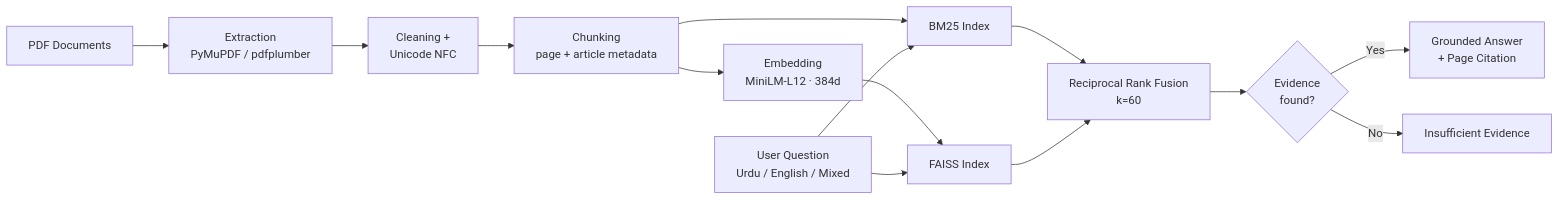
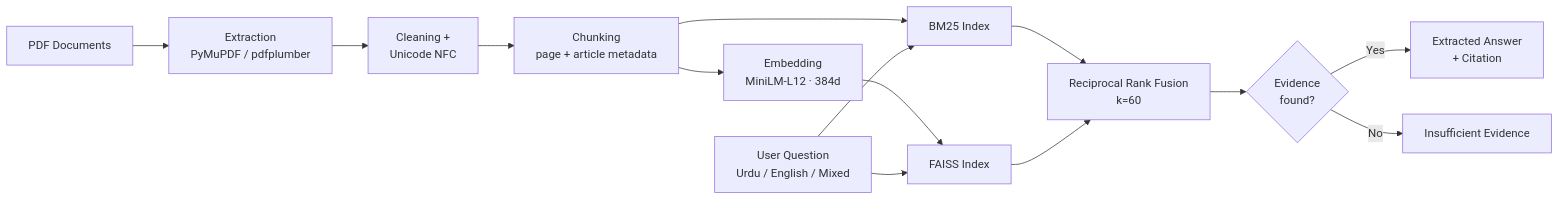
Before and after one commit to salikhussain71-code/PAKGOV-RAG-project: the diagram in README.md, drawn with Mermaid. The commit also changed other lines of this file, not shown here.

````diff
--- a/README.md
+++ b/README.md
@@ -173,16 +264,16 @@
 ```mermaid
 flowchart LR
     A[PDF Documents] --> B[Extraction<br/>PyMuPDF / pdfplumber]
     B --> C[Cleaning +<br/>Unicode NFC]
     C --> D[Chunking<br/>page + article metadata]
     D --> E[Embedding<br/>MiniLM-L12 · 384d]
     D --> F[BM25 Index]
     E --> G[FAISS Index]
     Q[User Question<br/>Urdu / English / Mixed] --> F
     Q --> G
     F --> H[Reciprocal Rank Fusion<br/>k=60]
     G --> H
     H --> I{Evidence<br/>found?}
-    I -- Yes --> J[Grounded Answer<br/>+ Page Citation]
+    I -- Yes --> J[Extracted Answer<br/>+ Citation]
     I -- No --> K[Insufficient Evidence]
 ```
````
